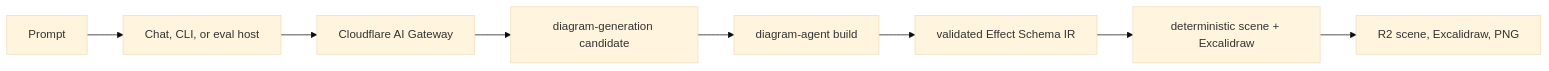
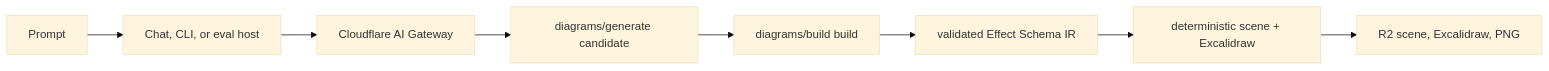
Before and after one commit to shpitdev/sketchi: the diagram in docs/agentic-generation.md, drawn with Mermaid (base theme). The commit also changed other lines of this file and 803 other files, not shown here.

Commit message:
refactor(diagrams): move family graph build and generation ownership

````diff
--- a/docs/agentic-generation.md
+++ b/docs/agentic-generation.md
@@ -12,10 +12,10 @@
 ```mermaid
 flowchart LR
   Prompt["Prompt"] --> Host["Chat, CLI, or eval host"]
   Host --> Gateway["Cloudflare AI Gateway"]
-  Gateway --> Candidate["diagram-generation candidate"]
-  Candidate --> Build["diagram-agent build"]
+  Gateway --> Candidate["diagrams/generate candidate"]
+  Candidate --> Build["diagrams/build build"]
   Build --> IR["validated Effect Schema IR"]
   IR --> Scene["deterministic scene + Excalidraw"]
   Scene --> Artifact["R2 scene, Excalidraw, PNG"]
 ```
````
